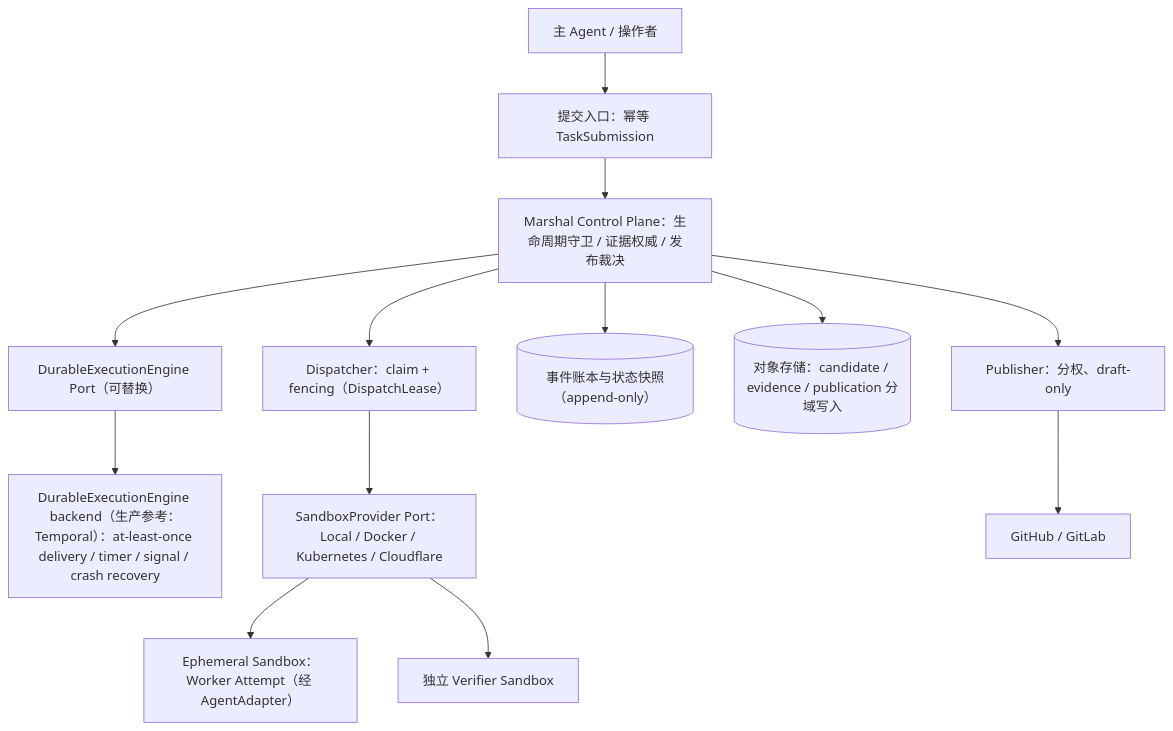
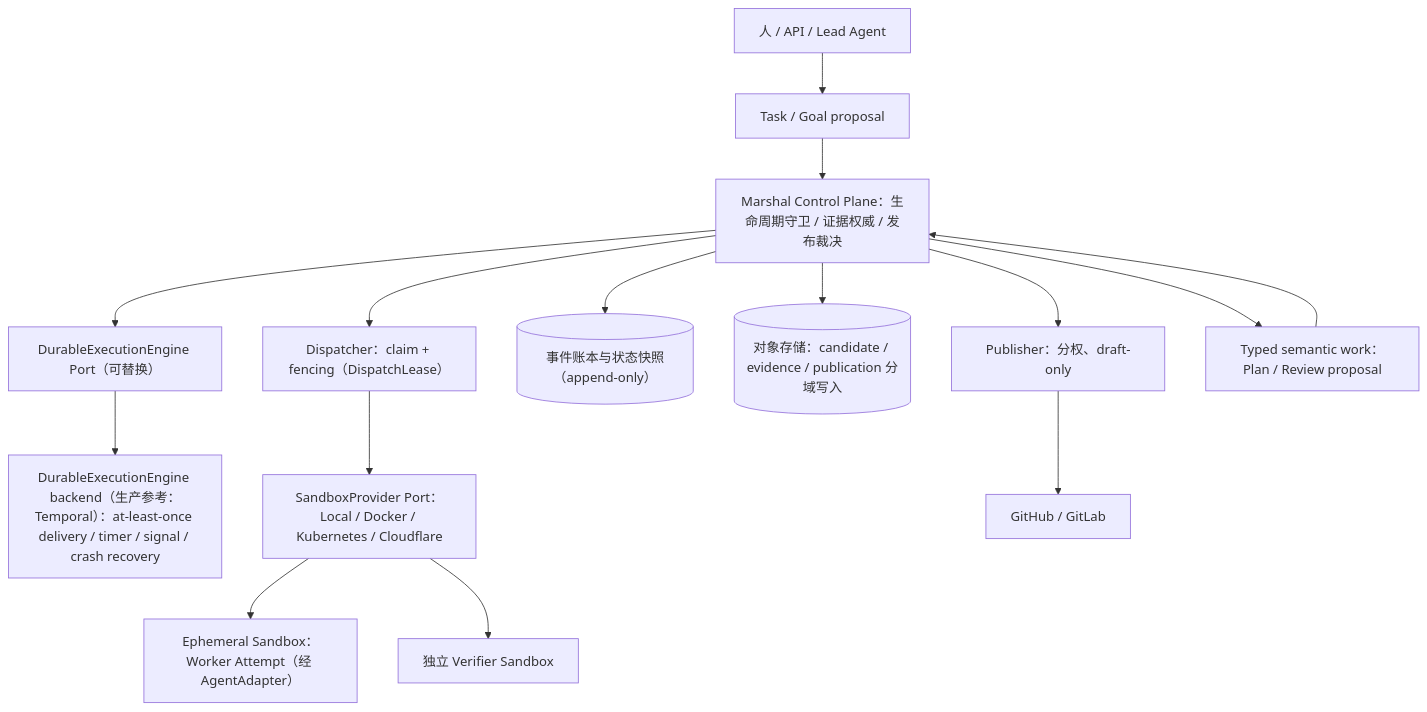
One commit to chiga0/marshal-harness changed the first of 2 diagrams in docs/runtime-architecture.md. Above: the diagram before and after it, drawn with Mermaid. The commit also changed other lines of this file and 13 other files, not shown here.

Commit message:
docs: refine runtime architecture and roadmap

````diff
--- a/docs/runtime-architecture.md
+++ b/docs/runtime-architecture.md
@@ -17,15 +18,17 @@
 ```mermaid
 flowchart TB
-    Lead["主 Agent / 操作者"] --> Submit["提交入口：幂等 TaskSubmission"]
+    Lead["人 / API / Lead Agent"] --> Submit["Task / Goal proposal"]
     Submit --> CP["Marshal Control Plane：生命周期守卫 / 证据权威 / 发布裁决"]
     CP --> DO["DurableExecutionEngine Port（可替换）"]
     DO --> Orch["DurableExecutionEngine backend（生产参考：Temporal）：at-least-once delivery / timer / signal / crash recovery"]
     CP --> Disp["Dispatcher：claim + fencing（DispatchLease）"]
     Disp --> SP["SandboxProvider Port：Local / Docker / Kubernetes / Cloudflare"]
     SP --> SB1["Ephemeral Sandbox：Worker Attempt（经 AgentAdapter）"]
     SP --> SB2["独立 Verifier Sandbox"]
     CP --> Ledger[("事件账本与状态快照（append-only）")]
     CP --> Store[("对象存储：candidate / evidence / publication 分域写入")]
     Pub["Publisher：分权、draft-only"] --> Forge["GitHub / GitLab"]
     CP --> Pub
+    CP --> Sem["Typed semantic work：Plan / Review proposal"]
+    Sem --> CP
 ```
````
